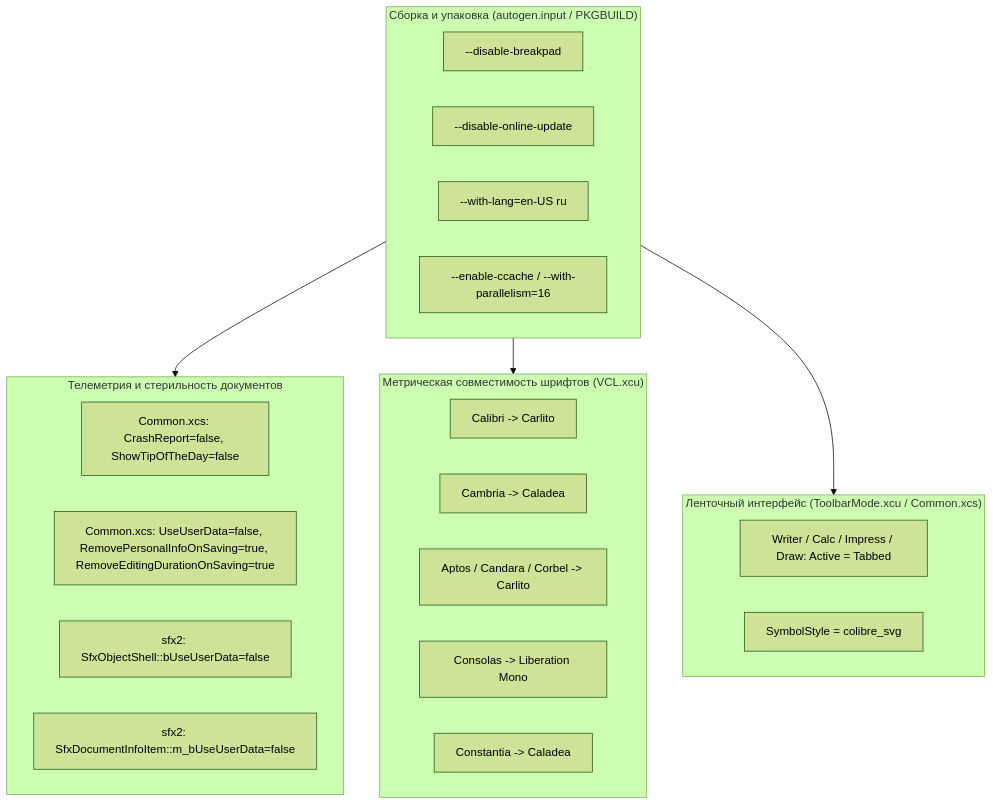
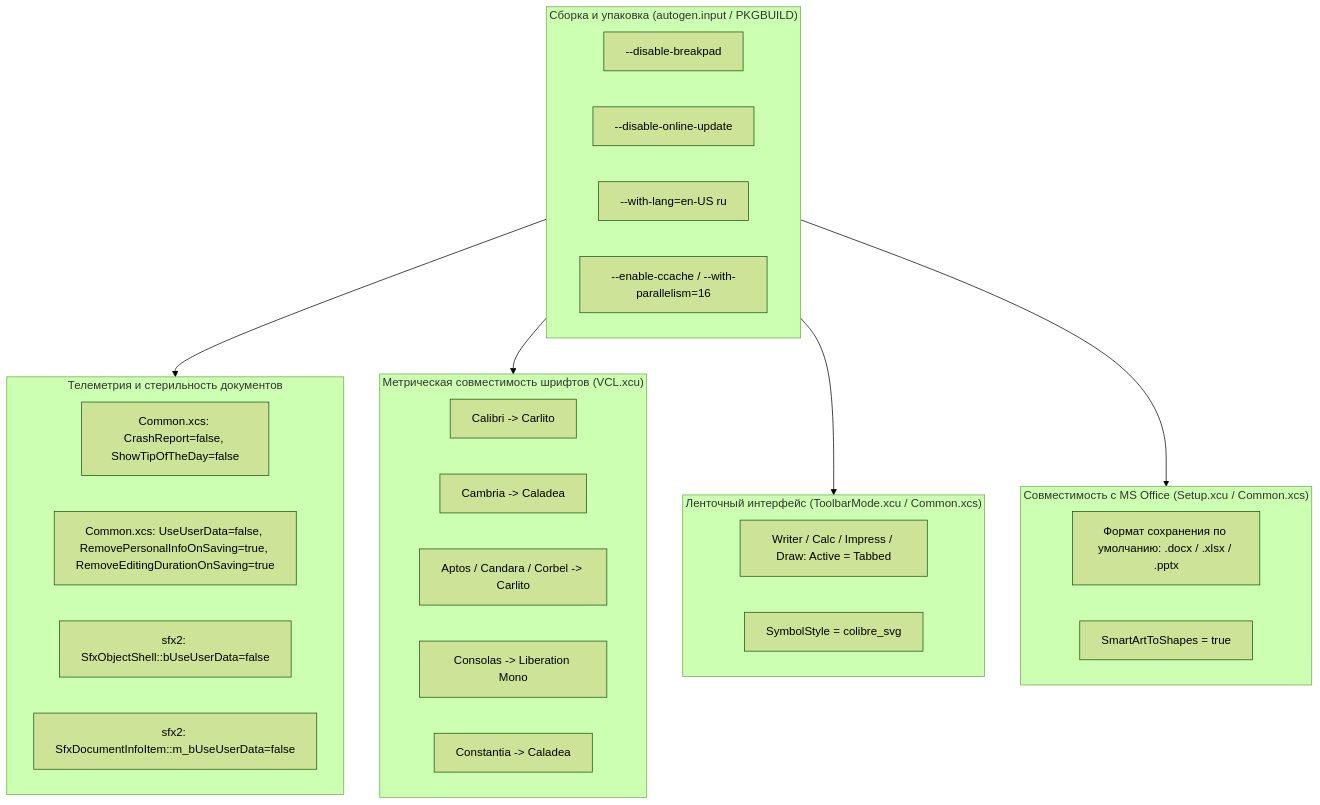
The diagram in docs/UML.md (Utkautka1/libreoffice-mscompat_-fork-), drawn with Mermaid (forest theme) before and after one commit. The commit also changed 3 other files, not shown here.

Commit message:
feat(compat): default to OOXML (.docx/.xlsx/.pptx) and editable SmartArt shapes

````diff
--- a/docs/UML.md
+++ b/docs/UML.md
@@ -5,33 +5,39 @@
 ```mermaid
 flowchart TD
     subgraph Build["Сборка и упаковка (autogen.input / PKGBUILD)"]
         A1["--disable-breakpad"]
         A2["--disable-online-update"]
         A3["--with-lang=en-US ru"]
         A4["--enable-ccache / --with-parallelism=16"]
     end
 
     subgraph Privacy["Телеметрия и стерильность документов"]
         P1["Common.xcs: CrashReport=false, ShowTipOfTheDay=false"]
         P2["Common.xcs: UseUserData=false, RemovePersonalInfoOnSaving=true, RemoveEditingDurationOnSaving=true"]
         P3["sfx2: SfxObjectShell::bUseUserData=false"]
         P4["sfx2: SfxDocumentInfoItem::m_bUseUserData=false"]
     end
 
     subgraph Fonts["Метрическая совместимость шрифтов (VCL.xcu)"]
         F1["Calibri -> Carlito"]
         F2["Cambria -> Caladea"]
         F3["Aptos / Candara / Corbel -> Carlito"]
         F4["Consolas -> Liberation Mono"]
         F5["Constantia -> Caladea"]
     end
 
     subgraph UI["Ленточный интерфейс (ToolbarMode.xcu / Common.xcs)"]
         U1["Writer / Calc / Impress / Draw: Active = Tabbed"]
         U2["SymbolStyle = colibre_svg"]
     end
 
+    subgraph MSCompat["Совместимость с MS Office (Setup.xcu / Common.xcs)"]
+        M1["Формат сохранения по умолчанию: .docx / .xlsx / .pptx"]
+        M2["SmartArtToShapes = true"]
+    end
+
     Build --> Privacy
     Build --> Fonts
     Build --> UI
+    Build --> MSCompat
 ```
````
